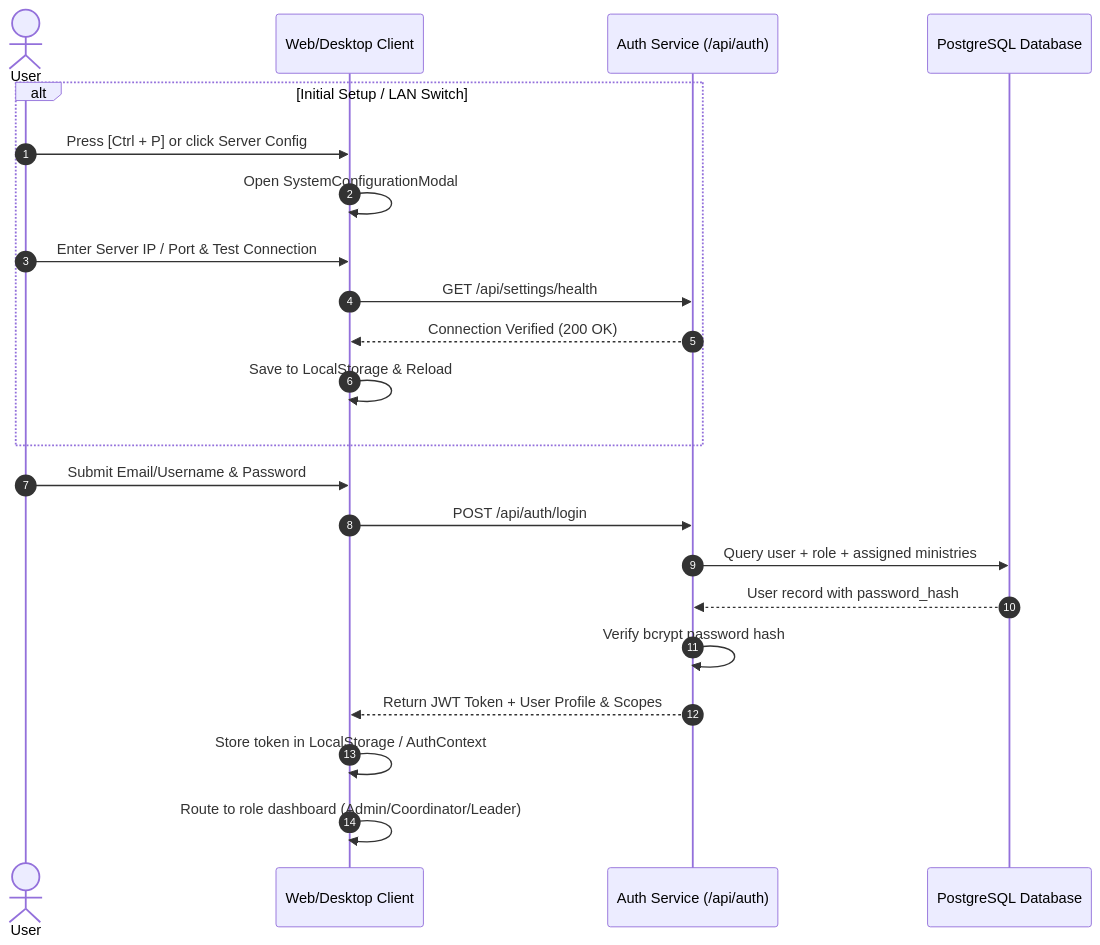
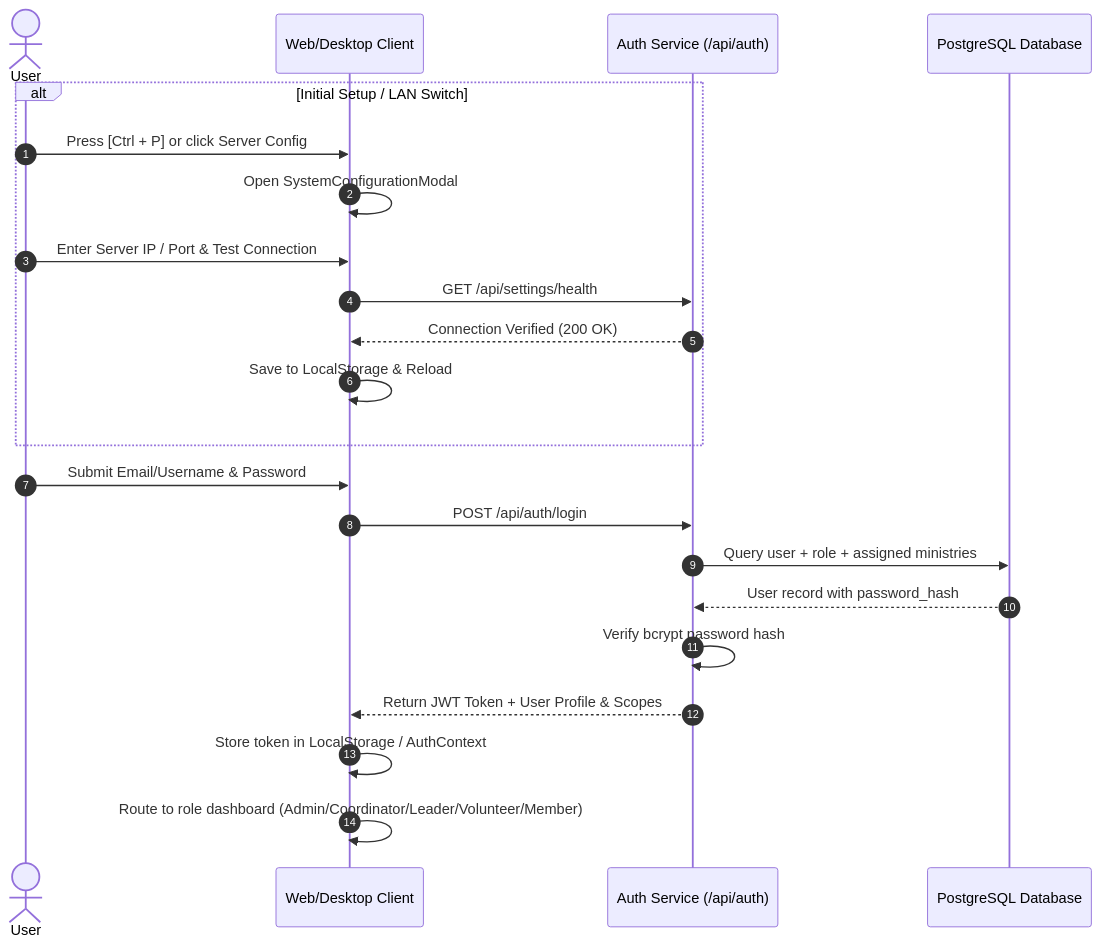
The second of 11 diagrams in SYSTEM_WORKFLOW.md (Isapolloo08/DPC_ManagementSystem), drawn with Mermaid before and after one commit. The commit also changed other lines of this file and 161 other files, not shown here.

````diff
--- a/SYSTEM_WORKFLOW.md
+++ b/SYSTEM_WORKFLOW.md
@@ -114,26 +120,26 @@
 ```mermaid
 sequenceDiagram
     autonumber
     actor User
     participant Client as Web/Desktop Client
     participant AuthAPI as Auth Service (/api/auth)
     participant DB as PostgreSQL Database
 
     alt Initial Setup / LAN Switch
         User->>Client: Press [Ctrl + P] or click Server Config
         Client->>Client: Open SystemConfigurationModal
         User->>Client: Enter Server IP / Port & Test Connection
         Client->>AuthAPI: GET /api/settings/health
         AuthAPI-->>Client: Connection Verified (200 OK)
         Client->>Client: Save to LocalStorage & Reload
     end
 
     User->>Client: Submit Email/Username & Password
     Client->>AuthAPI: POST /api/auth/login
     AuthAPI->>DB: Query user + role + assigned ministries
     DB-->>AuthAPI: User record with password_hash
     AuthAPI->>AuthAPI: Verify bcrypt password hash
     AuthAPI-->>Client: Return JWT Token + User Profile & Scopes
     Client->>Client: Store token in LocalStorage / AuthContext
-    Client->>Client: Route to role dashboard (Admin/Coordinator/Leader)
+    Client->>Client: Route to role dashboard (Admin/Coordinator/Leader/Volunteer/Member)
 ```
````
